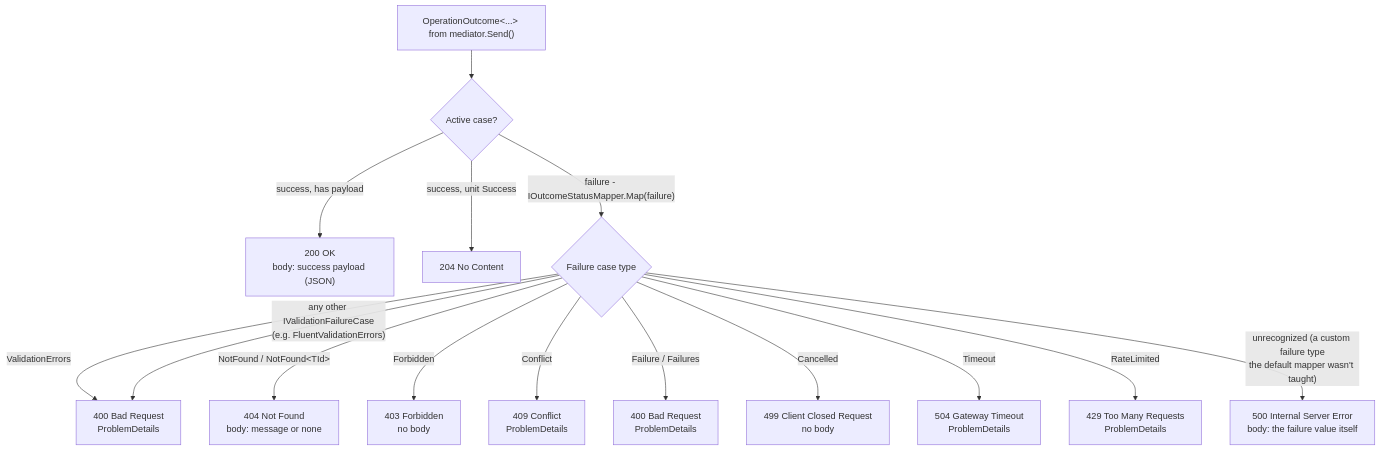
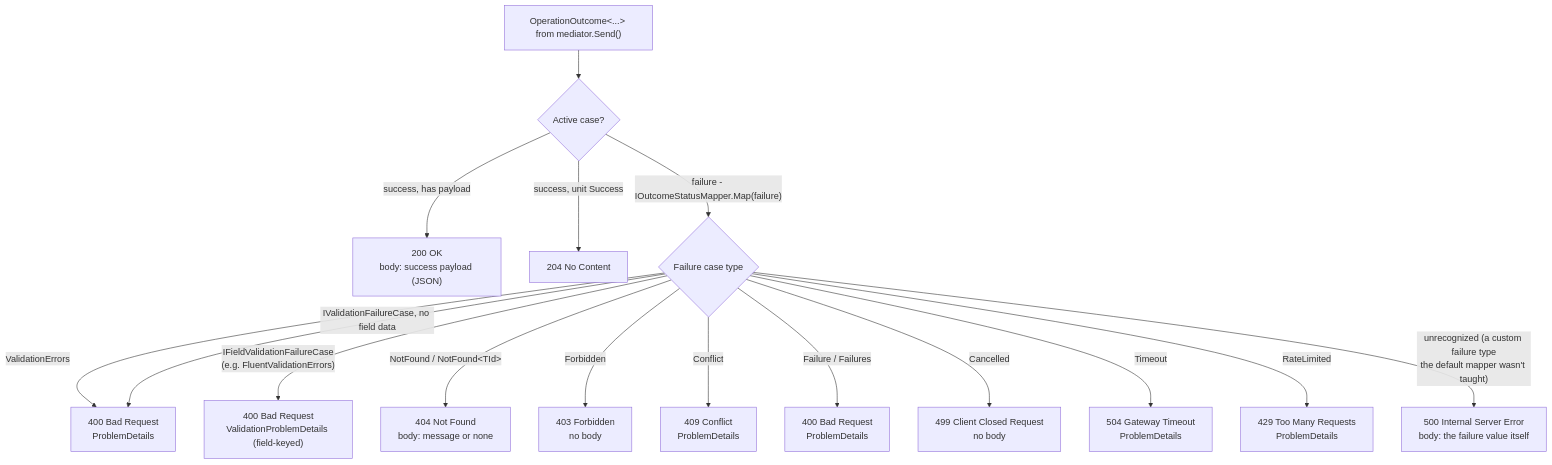
The diagram in documentation/aspnetcore-integration.md (rheone/interlocutor), drawn with Mermaid before and after one commit. The commit also changed other lines of this file and 12 other files, not shown here.

````diff
--- a/documentation/aspnetcore-integration.md
+++ b/documentation/aspnetcore-integration.md
@@ -77,17 +77,18 @@
 ```mermaid
 flowchart TD
     Outcome["OperationOutcome&lt;...&gt; from mediator.Send()"] --> IsSuccess{"Active case?"}
     IsSuccess -->|"success, has payload"| Ok200["200 OK<br/>body: success payload (JSON)"]
     IsSuccess -->|"success, unit Success"| NoContent204["204 No Content"]
     IsSuccess -->|"failure - IOutcomeStatusMapper.Map(failure)"| CaseType{"Failure case type"}
     CaseType -->|"ValidationErrors"| Bad400Validation["400 Bad Request<br/>ProblemDetails"]
-    CaseType -->|"any other IValidationFailureCase<br/>(e.g. FluentValidationErrors)"| Bad400Validation
+    CaseType -->|"IValidationFailureCase, no field data"| Bad400Validation
+    CaseType -->|"IFieldValidationFailureCase<br/>(e.g. FluentValidationErrors)"| Bad400FieldValidation["400 Bad Request<br/>ValidationProblemDetails (field-keyed)"]
     CaseType -->|"NotFound / NotFound&lt;TId&gt;"| NotFound404["404 Not Found<br/>body: message or none"]
     CaseType -->|"Forbidden"| Forbidden403["403 Forbidden<br/>no body"]
     CaseType -->|"Conflict"| Conflict409["409 Conflict<br/>ProblemDetails"]
     CaseType -->|"Failure / Failures"| Bad400["400 Bad Request<br/>ProblemDetails"]
     CaseType -->|"Cancelled"| ClientClosed499["499 Client Closed Request<br/>no body"]
     CaseType -->|"Timeout"| Timeout504["504 Gateway Timeout<br/>ProblemDetails"]
     CaseType -->|"RateLimited"| TooMany429["429 Too Many Requests<br/>ProblemDetails"]
     CaseType -->|"unrecognized (a custom failure type<br/>the default mapper wasn't taught)"| Error500["500 Internal Server Error<br/>body: the failure value itself"]
 ```
````
